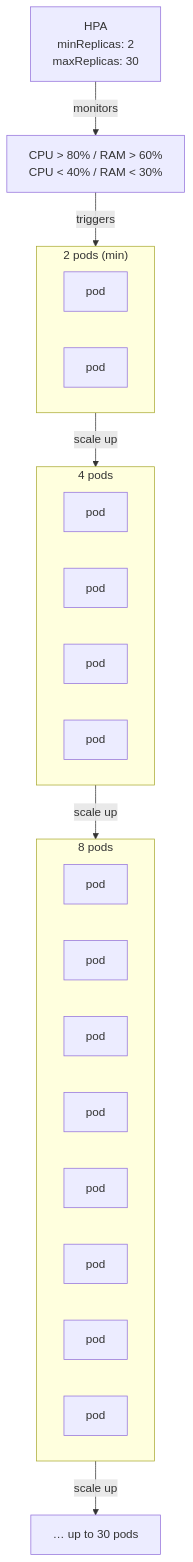
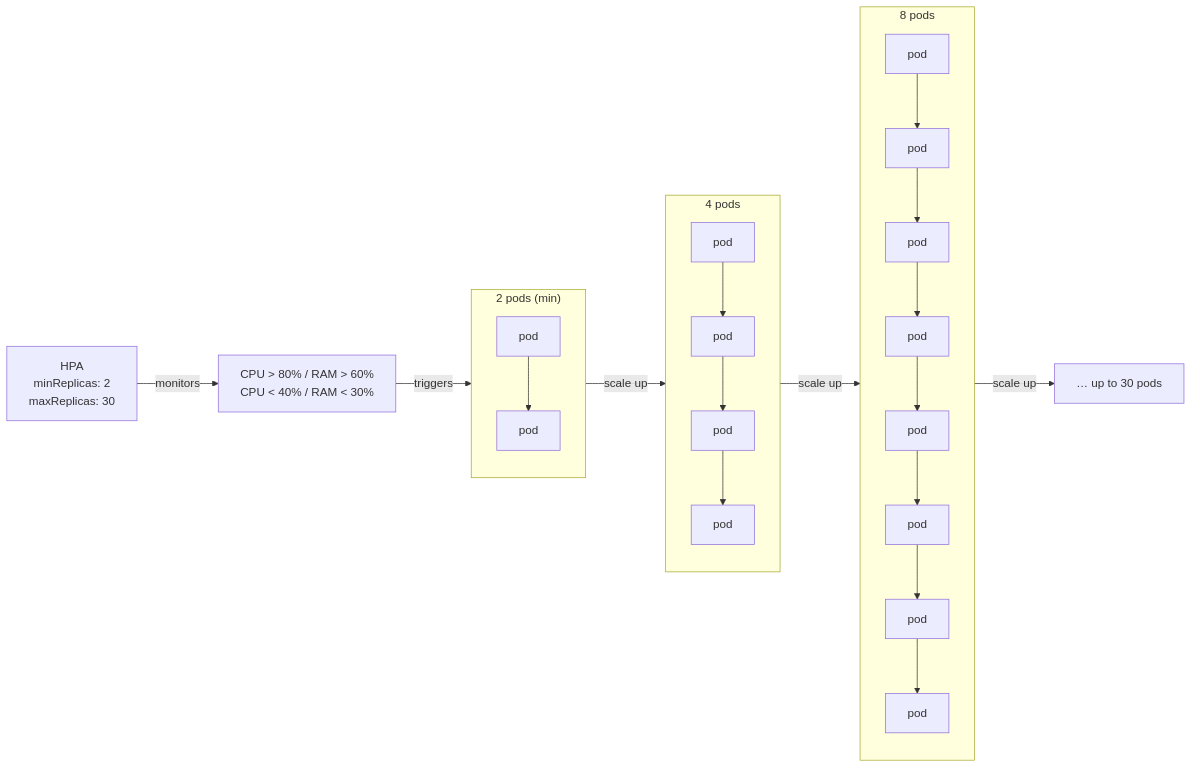
One commit to BugMentor/k6-java-spring-graphql-example changed the first of 5 diagrams in README.md. Above: the diagram before and after it, drawn with Mermaid.

Commit message:
docs: graph LR with chained horizontal pod boxes

````diff
--- a/README.md
+++ b/README.md
@@ -36,39 +36,25 @@
 ```mermaid
-graph TD
+graph LR
     HPA["HPA<br/>minReplicas: 2<br/>maxReplicas: 30"]
     Metrics["CPU > 80% / RAM > 60%<br/>CPU < 40% / RAM < 30%"]
     HPA -->|monitors| Metrics
     Metrics -->|triggers| S2
 
     subgraph S2["2 pods (min)"]
-        direction LR
-        P1["pod"]
-        P2["pod"]
+        P1["pod"] --> P2["pod"]
     end
 
     S2 -->|scale up| S4
 
     subgraph S4["4 pods"]
-        direction LR
-        Q1["pod"]
-        Q2["pod"]
-        Q3["pod"]
-        Q4["pod"]
+        Q1["pod"] --> Q2["pod"] --> Q3["pod"] --> Q4["pod"]
     end
 
     S4 -->|scale up| S8
 
     subgraph S8["8 pods"]
-        direction LR
-        R1["pod"]
-        R2["pod"]
-        R3["pod"]
-        R4["pod"]
-        R5["pod"]
-        R6["pod"]
-        R7["pod"]
-        R8["pod"]
+        R1["pod"] --> R2["pod"] --> R3["pod"] --> R4["pod"] --> R5["pod"] --> R6["pod"] --> R7["pod"] --> R8["pod"]
     end
 
     S8 -->|scale up| SMAX["… up to 30 pods"]
 ```
````
